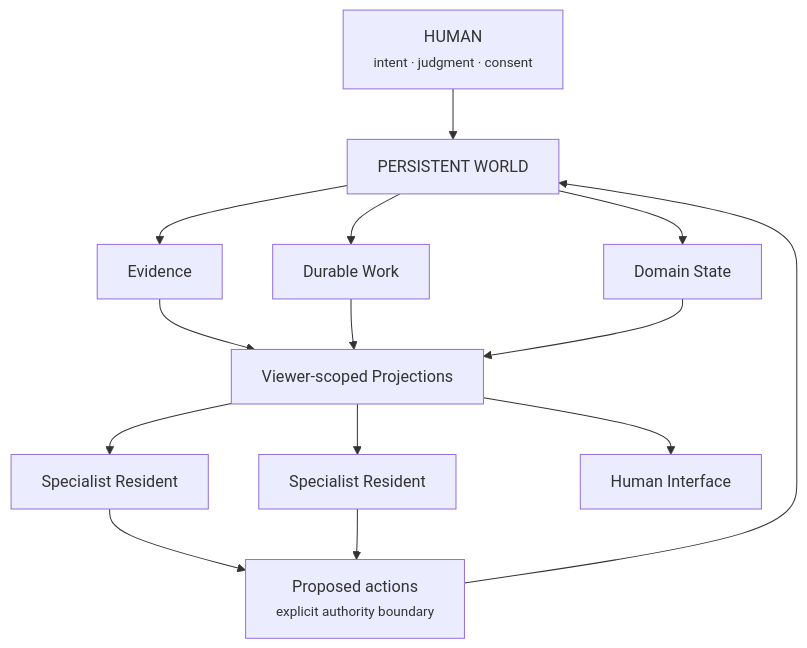
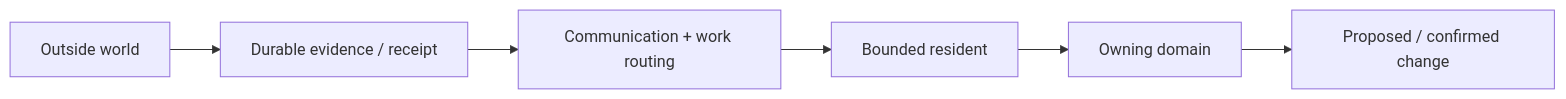
Before and after one commit to Wonderful-Digital-World/wonderful-digital-world: the diagram in README.md, drawn with Mermaid. The commit also changed other lines of this file and 9 other files, not shown here.

Commit message:
docs: clarify public architecture boundaries

````diff
--- a/README.md
+++ b/README.md
@@ -9,20 +9,8 @@
 ```mermaid
-flowchart TD
-    H["HUMAN<br/><small>intent · judgment · consent</small>"] --> W["PERSISTENT WORLD"]
-
-    W --> E["Evidence"]
-    W --> D["Durable Work"]
-    W --> S["Domain State"]
-
-    E --> P["Viewer-scoped Projections"]
-    D --> P
-    S --> P
-
-    P --> R1["Specialist Resident"]
-    P --> R2["Specialist Resident"]
-    P --> I["Human Interface"]
-
-    R1 --> A["Proposed actions<br/><small>explicit authority boundary</small>"]
-    R2 --> A
-    A --> W
+flowchart LR
+    O["Outside world"] --> E["Durable evidence / receipt"]
+    E --> C["Communication + work routing"]
+    C --> R["Bounded resident"]
+    R --> D["Owning domain"]
+    D --> A["Proposed / confirmed change"]
 ```
````
